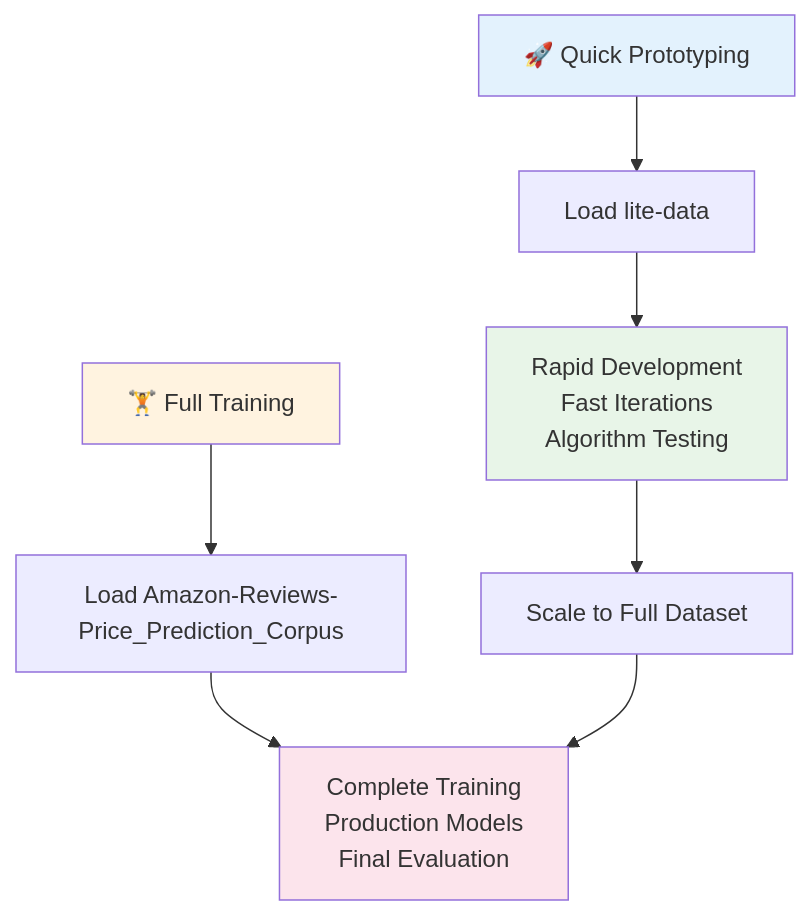
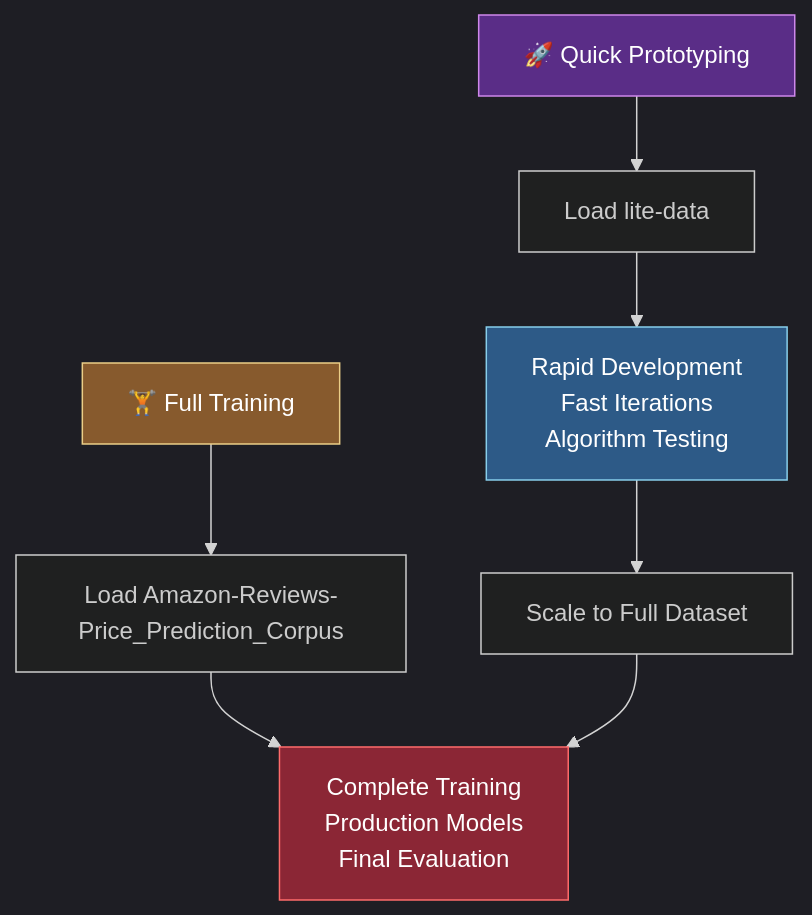
The fifth of 7 diagrams in 6_fine_tuning_frontier/README.md (Jai-Keshav-Sharma/LLM-Engineering), drawn with Mermaid before and after one commit. The commit also changed other lines of this file, not shown here.

````diff
--- a/6_fine_tuning_frontier/README.md
+++ b/6_fine_tuning_frontier/README.md
@@ -266,16 +270,17 @@
 ```mermaid
+%%{init: {'theme':'dark'}}%%
 graph TD
     A[🚀 Quick Prototyping] --> B[Load lite-data]
     C[🏋️ Full Training] --> D[Load Amazon-Reviews-Price_Prediction_Corpus]
     
     B --> E[Rapid Development<br/>Fast Iterations<br/>Algorithm Testing]
     D --> F[Complete Training<br/>Production Models<br/>Final Evaluation]
     
     E --> G[Scale to Full Dataset]
     G --> F
     
-    style A fill:#e3f2fd
-    style C fill:#fff3e0
-    style E fill:#e8f5e8
-    style F fill:#fce4ec
+    style A fill:#5a2d87,stroke:#ce87eb,color:#fff
+    style C fill:#875a2d,stroke:#ebce87,color:#fff
+    style E fill:#2d5a87,stroke:#87ceeb,color:#fff
+    style F fill:#8b2635,stroke:#ff6b6b,color:#fff
 ```
````
